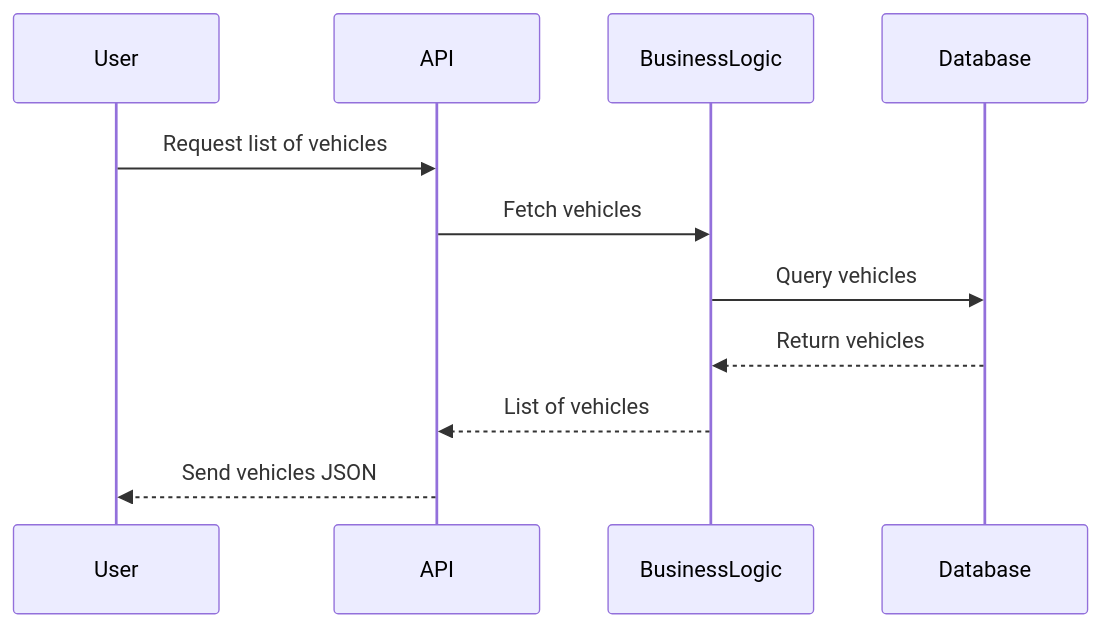
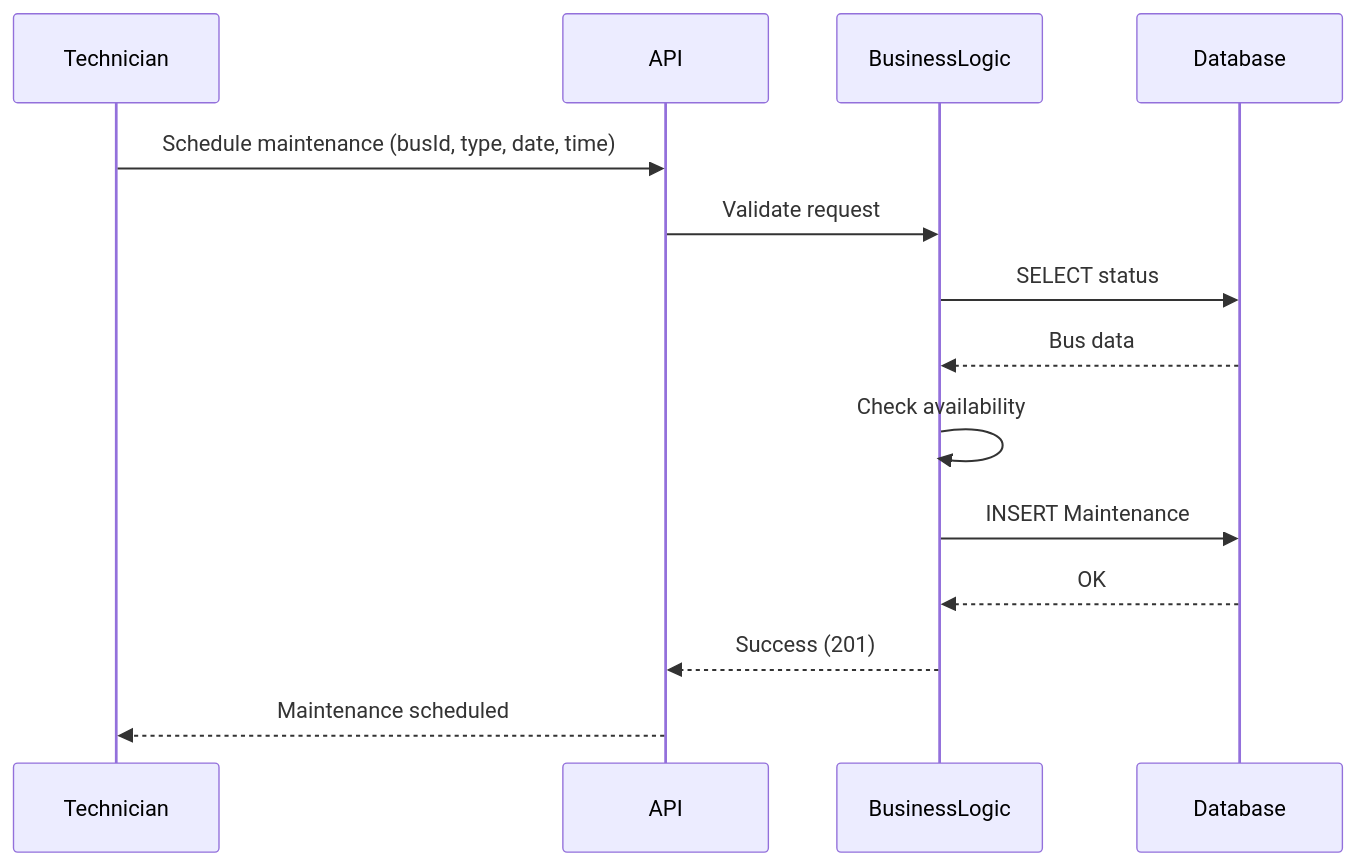
One commit to Bary-G/portfolio-project_bus-fleet-management changed the ninth of 10 diagrams in README.md. Above: the diagram before and after it, drawn with Mermaid. The commit also changed other lines of this file, not shown here.

````diff
--- a/README.md
+++ b/README.md
@@ -182,13 +270,18 @@
 ```mermaid
 sequenceDiagram
-participant  User
-participant  API
-participant  BusinessLogic
-participant  Database
-User->>API: Request  list  of  vehicles
-API->>BusinessLogic: Fetch  vehicles
-BusinessLogic->>Database: Query  vehicles
-Database-->>BusinessLogic: Return  vehicles
-BusinessLogic-->>API: List  of  vehicles
-API-->>User: Send  vehicles  JSON
+participant Technician
+participant API
+participant BusinessLogic
+participant Database
+
+Technician->>API: Schedule maintenance (busId, type, date, time)
+API->>BusinessLogic: Validate request
+BusinessLogic->>Database: SELECT status
+Database-->>BusinessLogic: Bus data
+BusinessLogic->>BusinessLogic: Check availability
+BusinessLogic->>Database: INSERT Maintenance
+Database-->>BusinessLogic: OK
+BusinessLogic-->>API: Success (201)
+API-->>Technician: Maintenance scheduled
+
 ```
````
